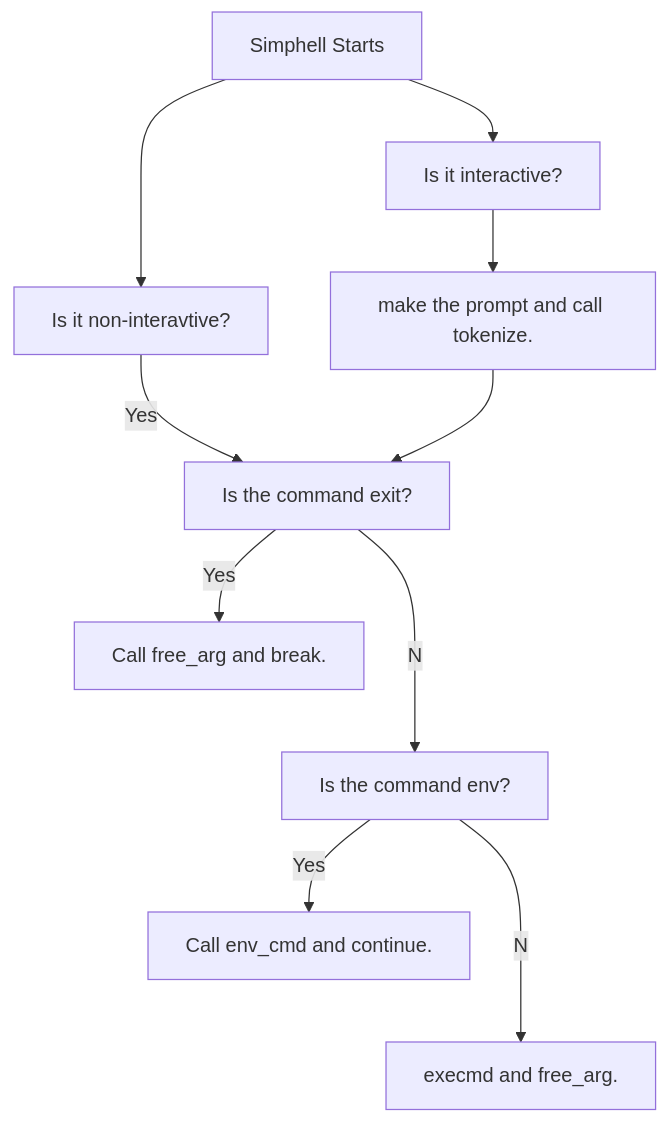
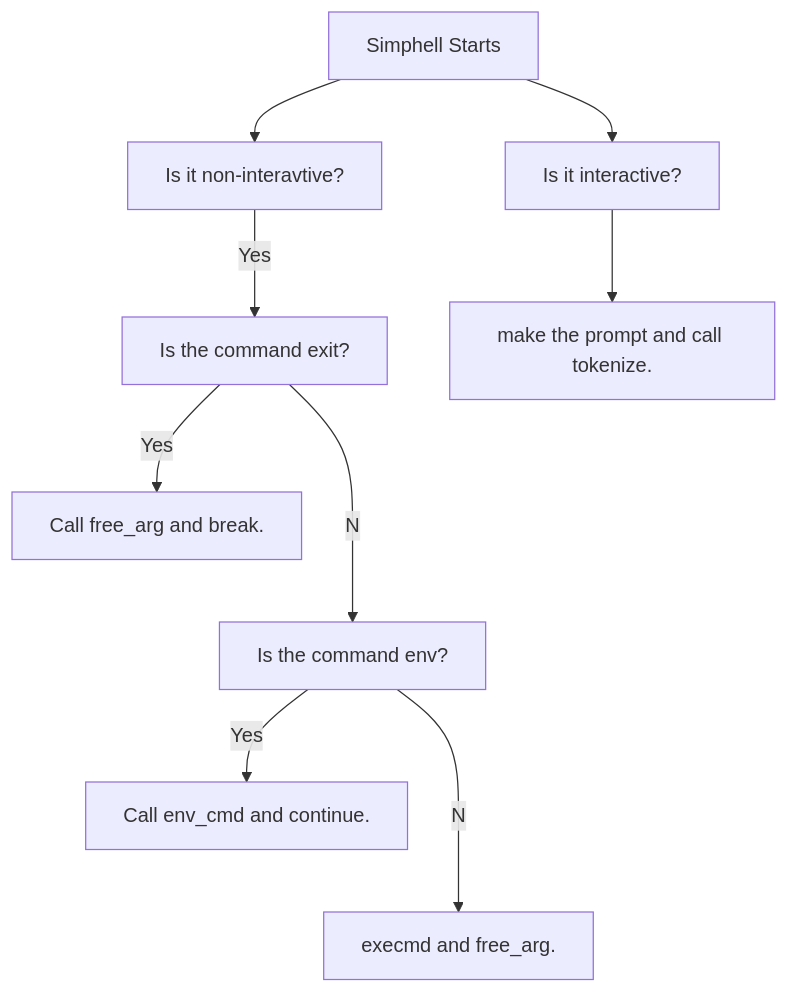
One commit to LeeWest89/MySuperRepo changed the diagram in README.md. Above: the diagram before and after it, drawn with Mermaid.

````diff
--- a/README.md
+++ b/README.md
@@ -2,12 +2,11 @@
 ```mermaid
 flowchart TD;
   A[Simphell Starts]-->B[Is it interactive?];
   A-->C[Is it non-interavtive?];
   C--Yes-->D[Is the command exit?];
   D--Yes-->E[Call free_arg and break.];
   D--No-->F[Is the command env?];
   F--Yes-->G[Call env_cmd and continue.];
   F--No-->H[execmd and free_arg.];
   B-->I[make the prompt and call tokenize.];
-  I-->D;
 ```
````
